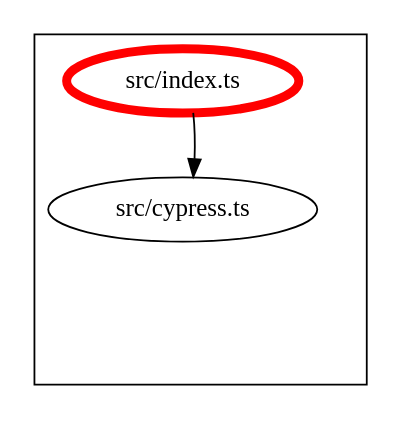
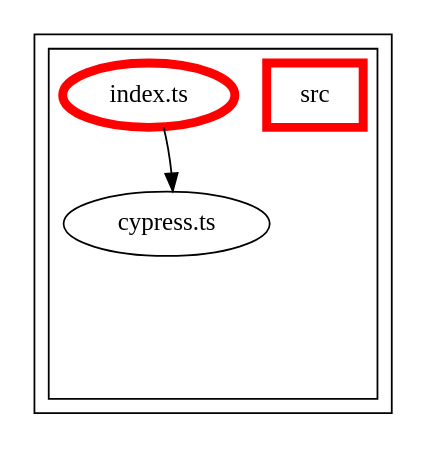
The diagram in packages/alfa-cypress/docs/dependency-graph.dot (Siteimprove/alfa-integrations), drawn with Graphviz before and after one commit. The commit also changed 53 other files, not shown here.

Commit message:
Update dependency graphs

```diff
--- a/packages/alfa-cypress/docs/dependency-graph.dot
+++ b/packages/alfa-cypress/docs/dependency-graph.dot
@@ -1,32 +1,51 @@
 digraph "dependency-graph-@siteimprove/alfa-cypress" {
   compound = true;
   "src/cypress.ts";
   subgraph "cluster_src" {
     color = "#000000";
     label = "";
-    "src/index.ts" [
-      label = "src/index.ts";
-      color = "#ff0000";
-      penwidth = 5;
-    ];
     "exit_src" [
       style = "invis";
     ];
-    "src/cypress.ts" [
-      label = "src/cypress.ts";
-    ];
-    "src/index.ts" -> "exit_src" [
+    subgraph "cluster_src" {
+      color = "#000000";
+      label = "";
+      "name_src" [
+        penwidth = 5;
+        shape = "rectangle";
+        color = "#ff0000";
+        label = "src";
+      ];
+      "exit_src" [
+        style = "invis";
+      ];
+      "src/index.ts" [
+        label = "index.ts";
+        color = "#ff0000";
+        penwidth = 5;
+      ];
+      "src/cypress.ts" [
+        label = "cypress.ts";
+      ];
+      "src/index.ts" -> "exit_src" [
+        style = "invis";
+      ];
+      "src/cypress.ts" -> "exit_src" [
+        style = "invis";
+      ];
+    }
+    "exit_src" -> "exit_src" [
       style = "invis";
     ];
-    "src/cypress.ts" -> "exit_src" [
+    "exit_src" -> "exit_src" [
       style = "invis";
     ];
   }
   "src/index.ts" -> "src/cypress.ts" [
     style = "invis";
   ];
   "src/index.ts" -> "src/cypress.ts" [
     style = "solid";
     color = "black";
   ];
 }
```
